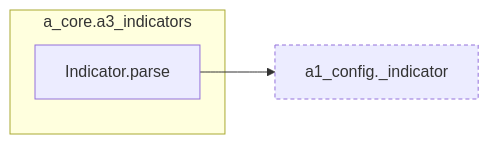
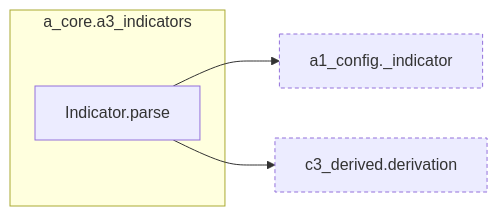
One commit to bsawyerg15/MacroScan changed the fifth of 16 diagrams in docs/architecture.md. Above: the diagram before and after it, drawn with Mermaid. The commit also changed other lines of this file and 9 other files, not shown here.

````diff
--- a/docs/architecture.md
+++ b/docs/architecture.md
@@ -413,11 +419,14 @@
 ```mermaid
 flowchart LR
   subgraph this["a_core.a3_indicators"]
     n_a_core_a3_indicators_Indicator_parse["Indicator.parse"]
   end
   n_a_core_a1_config__indicator["a1_config._indicator"]:::ext
+  n_c_transform_c3_derived_derivation["c3_derived.derivation"]:::ext
   n_a_core_a3_indicators_Indicator_parse --> n_a_core_a1_config__indicator
+  n_a_core_a3_indicators_Indicator_parse --> n_c_transform_c3_derived_derivation
   click n_a_core_a1_config__indicator href "#fn-a_core-a1_config-_indicator"
   click n_a_core_a3_indicators_Indicator_parse href "#fn-a_core-a3_indicators-Indicator.parse"
+  click n_c_transform_c3_derived_derivation href "#fn-c_transform-c3_derived-derivation"
   classDef ext stroke-dasharray: 4 3
 ```
````
